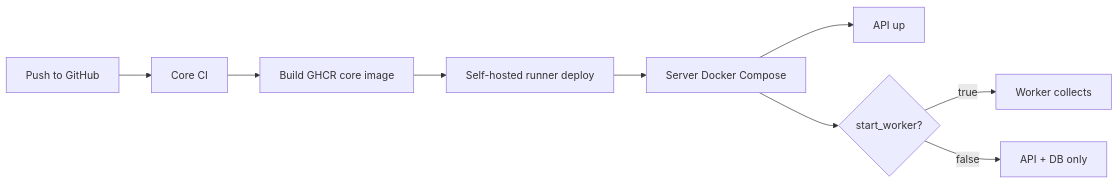
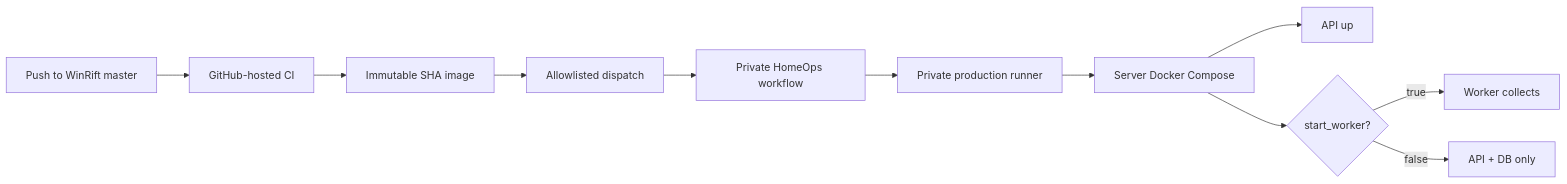
Before and after one commit to AdamWentworth/WinRift: the diagram in ops/prod/README.md, drawn with Mermaid. The commit also changed other lines of this file and 14 other files, not shown here.

Commit message:
Move production deployment authority to HomeOps (#42)

````diff
--- a/ops/prod/README.md
+++ b/ops/prod/README.md
@@ -127,11 +129,13 @@
 ```mermaid
 flowchart LR
-  Push[Push to GitHub] --> CI[Core CI]
-  CI --> Image[Build GHCR core image]
-  Image --> Deploy[Self-hosted runner deploy]
+  Push[Push to WinRift master] --> CI[GitHub-hosted CI]
+  CI --> Image[Immutable SHA image]
+  Image --> Dispatch[Allowlisted dispatch]
+  Dispatch --> HomeOps[Private HomeOps workflow]
+  HomeOps --> Deploy[Private production runner]
   Deploy --> Compose[Server Docker Compose]
   Compose --> API[API up]
   Compose --> Worker{start_worker?}
   Worker -->|true| Collect[Worker collects]
   Worker -->|false| Idle[API + DB only]
 ```
````
